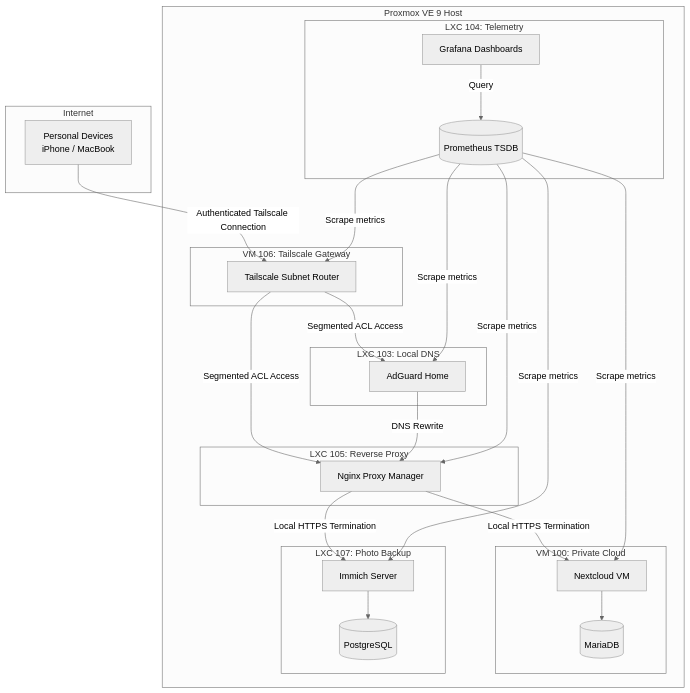
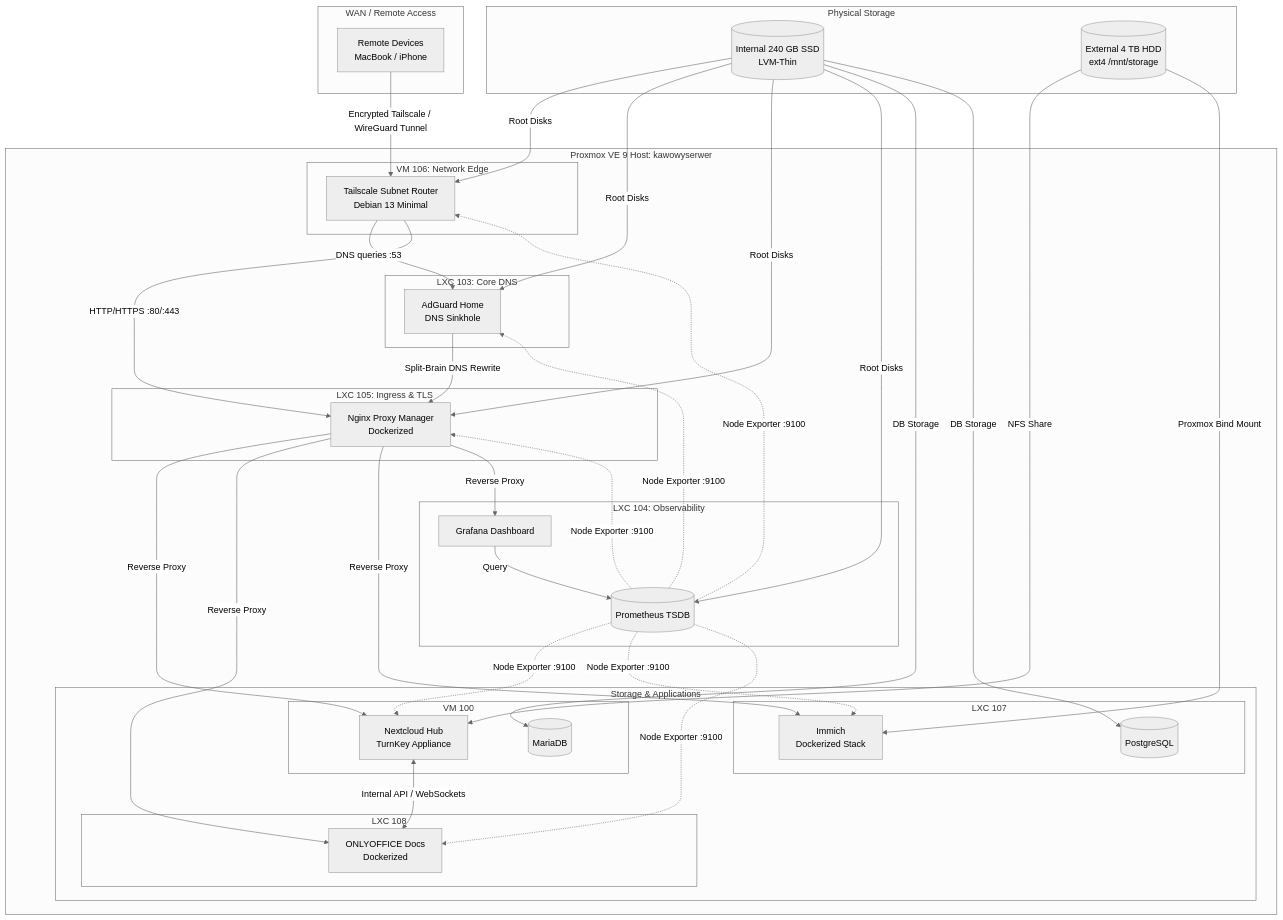
Before and after one commit to weronika-kawa/homelab-infrastructure: the diagram in README.md, drawn with Mermaid (neutral theme). The commit also changed other lines of this file, not shown here.

First line of the commit message:
docs: refine architecture decisions and project roadmap in README

````diff
--- a/README.md
+++ b/README.md
@@ -17,53 +15,76 @@
 ```mermaid
 graph TD
-    subgraph Internet
-        client[Personal Devices<br/>iPhone / MacBook]
+    subgraph WAN / Remote Access
+        client[Remote Devices<br/>MacBook / iPhone]
     end
 
-    subgraph Proxmox VE 9 Host
-        subgraph VM 106: Tailscale Gateway
-            vpn[Tailscale Subnet Router]
+    subgraph Proxmox VE 9 Host: kawowyserwer
+        subgraph VM 106: Network Edge
+            vpn[Tailscale Subnet Router<br/>Debian 13 Minimal]
         end
 
-        subgraph LXC 105: Reverse Proxy
-            npm[Nginx Proxy Manager]
+        subgraph LXC 103: Core DNS
+            agh[AdGuard Home<br/>DNS Sinkhole]
         end
 
-        subgraph LXC 103: Local DNS
-            agh[AdGuard Home]
+        subgraph LXC 105: Ingress & TLS
+            npm[Nginx Proxy Manager<br/>Dockerized]
         end
 
-        subgraph VM 100: Private Cloud
-            nc[Nextcloud VM]
-            db_nc[(MariaDB)]
+        subgraph Storage & Applications
+            subgraph VM 100
+                nc[Nextcloud Hub<br/>TurnKey Appliance]
+                db_nc[(MariaDB)]
+            end
+
+            subgraph LXC 108
+                oo[ONLYOFFICE Docs<br/>Dockerized]
+            end
+
+            subgraph LXC 107
+                im[Immich<br/>Dockerized Stack]
+                db_im[(PostgreSQL)]
+            end
         end
 
-        subgraph LXC 107: Photo Backup
-            immich[Immich Server]
-            db_im[(PostgreSQL)]
-        end
-
-        subgraph LXC 104: Telemetry
+        subgraph LXC 104: Observability
             prom[(Prometheus TSDB)]
-            graf[Grafana Dashboards]
+            graf[Grafana Dashboard]
         end
     end
 
-    %% Routing Flows
-    client -->|Authenticated Tailscale Connection| vpn
-    vpn -->|Segmented ACL Access| agh
-    vpn -->|Segmented ACL Access| npm
-    agh -->|DNS Rewrite| npm
-    npm -->|Local HTTPS Termination| nc
-    npm -->|Local HTTPS Termination| immich
-    nc --> db_nc
-    immich --> db_im
-    
-    %% Monitoring Flows
-    prom -->|Scrape metrics| vpn
-    prom -->|Scrape metrics| npm
-    prom -->|Scrape metrics| nc
-    prom -->|Scrape metrics| agh
-    prom -->|Scrape metrics| immich
+    subgraph Physical Storage
+        ssd[(Internal 240 GB SSD<br/>LVM-Thin)]
+        hdd[(External 4 TB HDD<br/>ext4 /mnt/storage)]
+    end
+
+    %% Network flows
+    client -->|Encrypted Tailscale / WireGuard Tunnel| vpn
+    vpn -->|DNS queries :53| agh
+    vpn -->|HTTP/HTTPS :80/:443| npm
+    agh -->|Split-Brain DNS Rewrite| npm
+    npm -->|Reverse Proxy| nc
+    npm -->|Reverse Proxy| oo
+    npm -->|Reverse Proxy| im
+    npm -->|Reverse Proxy| graf
+    nc <-->|Internal API / WebSockets| oo
+
+    %% Storage mounts
+    hdd -->|NFS Share| nc
+    hdd -->|Proxmox Bind Mount| im
+    ssd -->|Root Disks| vpn
+    ssd -->|Root Disks| agh
+    ssd -->|Root Disks| npm
+    ssd -->|Root Disks| prom
+    ssd -->|DB Storage| db_nc
+    ssd -->|DB Storage| db_im
+
+    %% Telemetry
+    prom -.->|Node Exporter :9100| vpn
+    prom -.->|Node Exporter :9100| npm
+    prom -.->|Node Exporter :9100| nc
+    prom -.->|Node Exporter :9100| agh
+    prom -.->|Node Exporter :9100| im
+    prom -.->|Node Exporter :9100| oo
     graf -->|Query| prom
 ```
````
